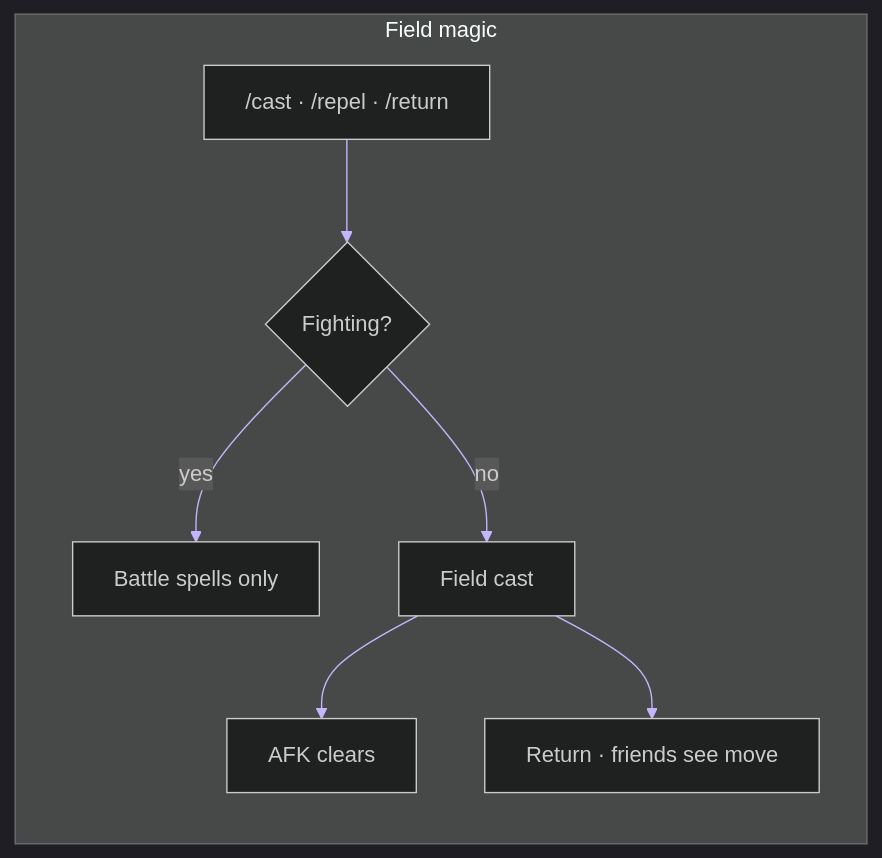
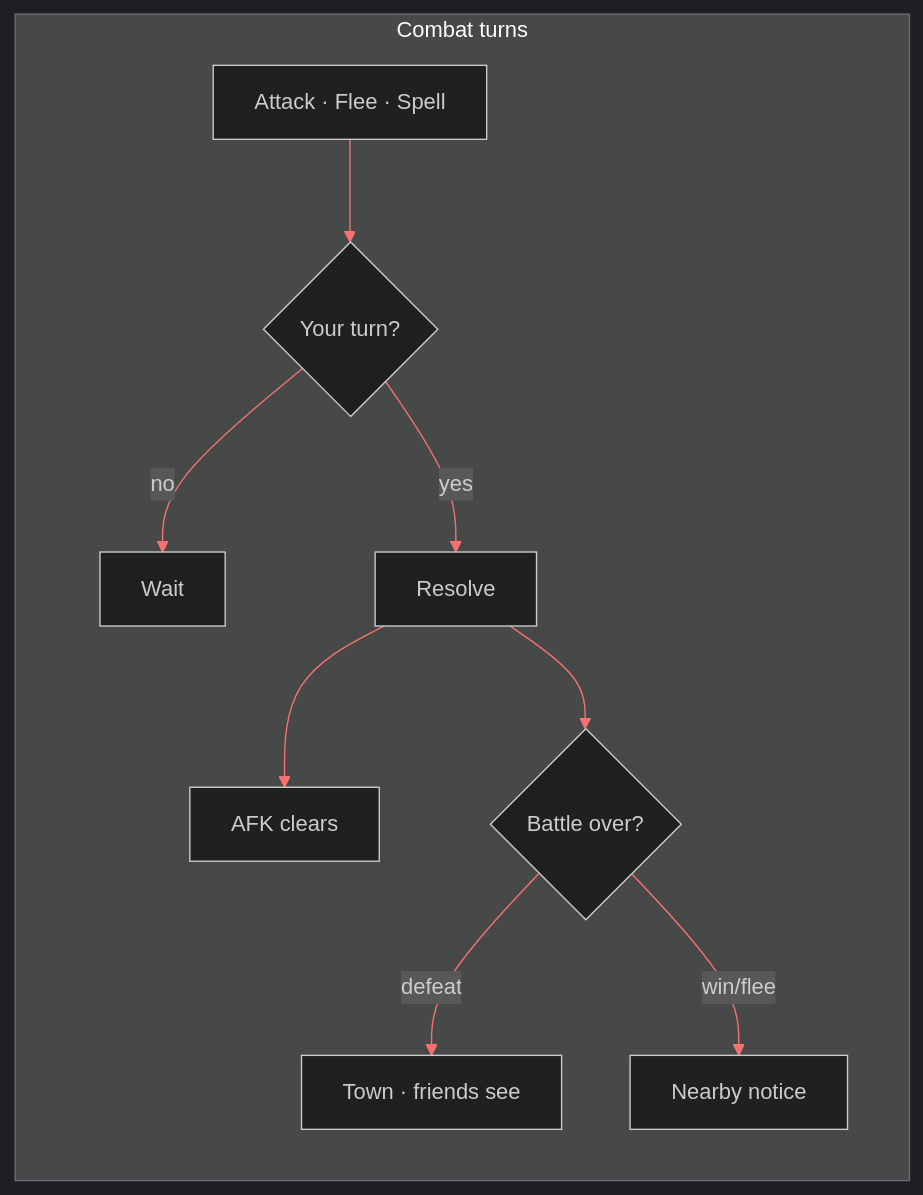
The second of 8 diagrams in README.md (Im-Nova-Dev/dq1_mmo), drawn with Mermaid before and after one commit. The commit also changed other lines of this file and 10 other files, not shown here.

First line of the commit message:
Ship v0.5.151: combat handler extract with turn gate and AFK clear.

````diff
--- a/README.md
+++ b/README.md
@@ -297,11 +297,13 @@
 ```mermaid
-%%{init: {'theme': 'dark', 'themeVariables': { 'primaryColor': '#4c1d95', 'primaryTextColor': '#ede9fe', 'lineColor': '#c4b5fd', 'secondaryColor': '#1e3a8a', 'tertiaryColor': '#1e293b'}}}%%
+%%{init: {'theme': 'dark', 'themeVariables': { 'primaryColor': '#7f1d1d', 'primaryTextColor': '#fee2e2', 'lineColor': '#f87171', 'secondaryColor': '#1e3a8a', 'tertiaryColor': '#1e293b'}}}%%
 flowchart LR
-  subgraph cast ["Field magic"]
-    C["/cast · /repel · /return"] --> F{"Fighting?"}
-    F -->|yes| B["Battle spells only"]
-    F -->|no| O["Field cast"]
-    O --> A["AFK clears"]
-    O --> T["Return · friends see move"]
+  subgraph fight ["Combat turns"]
+    A[Attack · Flee · Spell] --> T{"Your turn?"}
+    T -->|no| W["Wait"]
+    T -->|yes| R["Resolve"]
+    R --> AFK["AFK clears"]
+    R --> END{"Battle over?"}
+    END -->|defeat| Town["Town · friends see"]
+    END -->|win/flee| Peers["Nearby notice"]
   end
 ```
````
